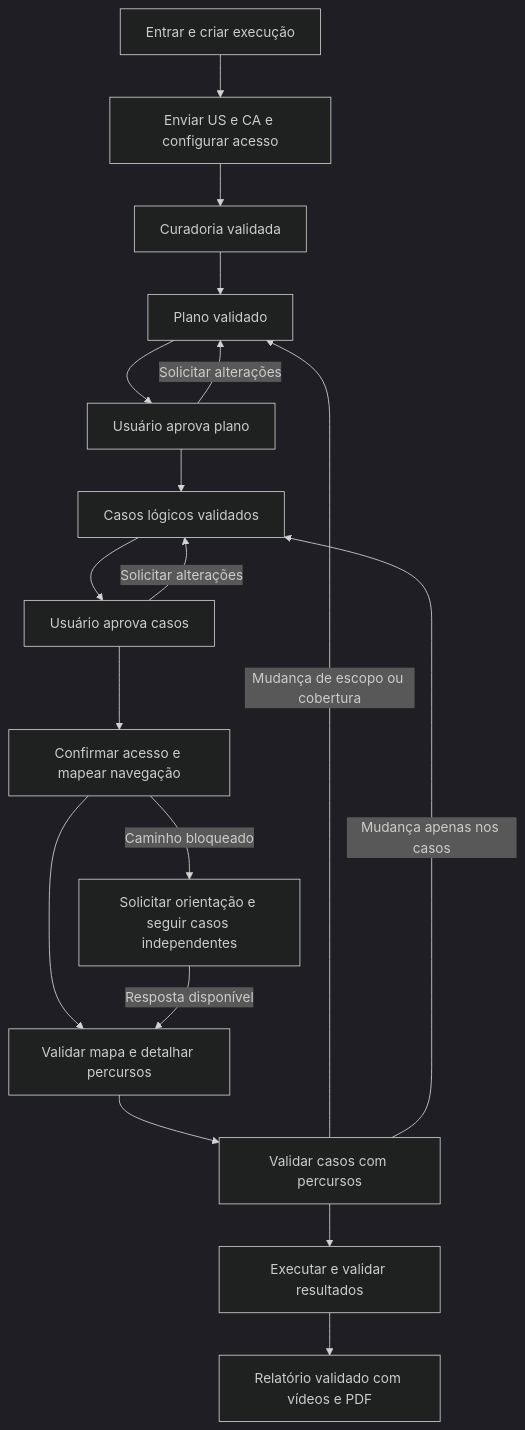
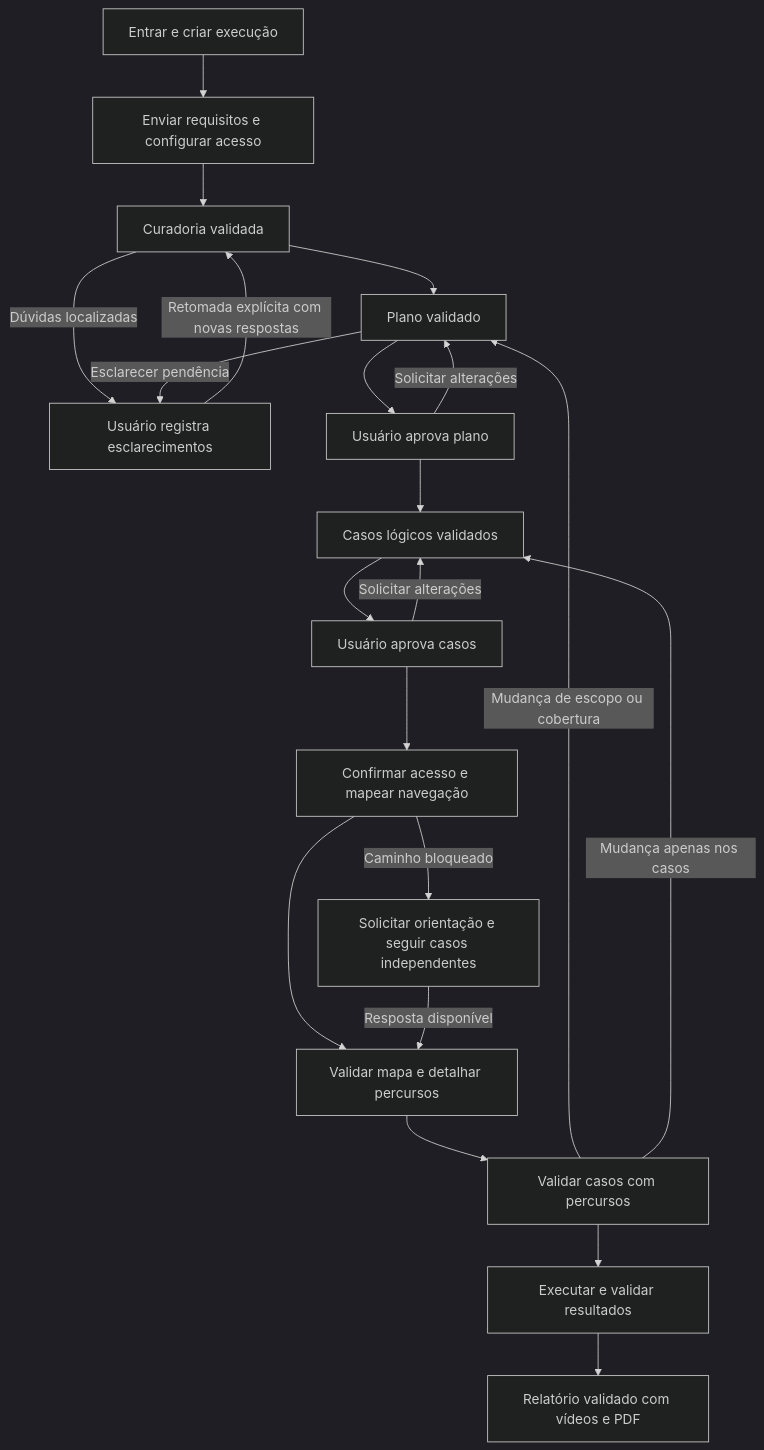
One commit to mh131105/akcit-qa-agent changed the diagram in docs/requisitos/PROTOTIPO.md. Above: the diagram before and after it, drawn with Mermaid (dark theme). The commit also changed other lines of this file and 26 other files, not shown here.

````diff
--- a/docs/requisitos/PROTOTIPO.md
+++ b/docs/requisitos/PROTOTIPO.md
@@ -34,20 +64,23 @@
 ```mermaid
 flowchart TD
-    A[Entrar e criar execução] --> B[Enviar US e CA e configurar acesso]
+    A[Entrar e criar execução] --> B[Enviar requisitos e configurar acesso]
     B --> C[Curadoria validada]
     C --> D[Plano validado]
+    C -->|Dúvidas localizadas| R[Usuário registra esclarecimentos]
+    D -->|Esclarecer pendência| R
+    R -->|Retomada explícita com novas respostas| C
     D --> E[Usuário aprova plano]
     E --> F[Casos lógicos validados]
     F --> G[Usuário aprova casos]
     G --> H[Confirmar acesso e mapear navegação]
     H --> I[Validar mapa e detalhar percursos]
     I --> J[Validar casos com percursos]
     J --> K[Executar e validar resultados]
     K --> L[Relatório validado com vídeos e PDF]
     E -->|Solicitar alterações| D
     G -->|Solicitar alterações| F
     J -->|Mudança de escopo ou cobertura| D
     J -->|Mudança apenas nos casos| F
     H -->|Caminho bloqueado| Q[Solicitar orientação e seguir casos independentes]
     Q -->|Resposta disponível| I
 ```
````
